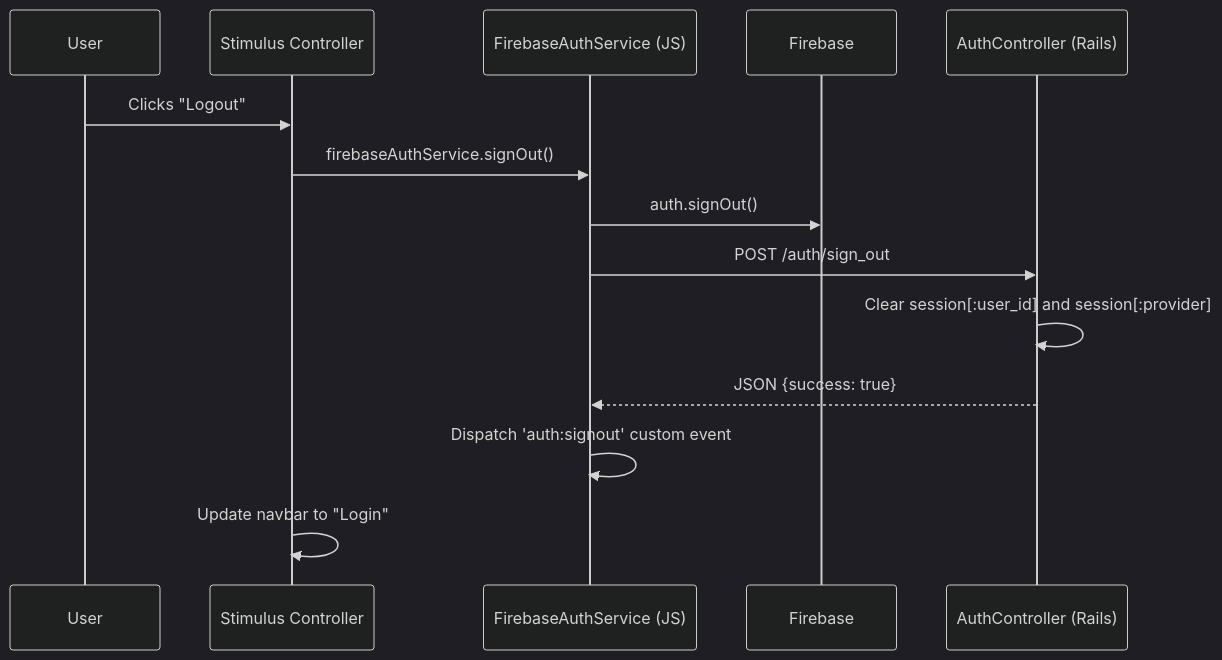
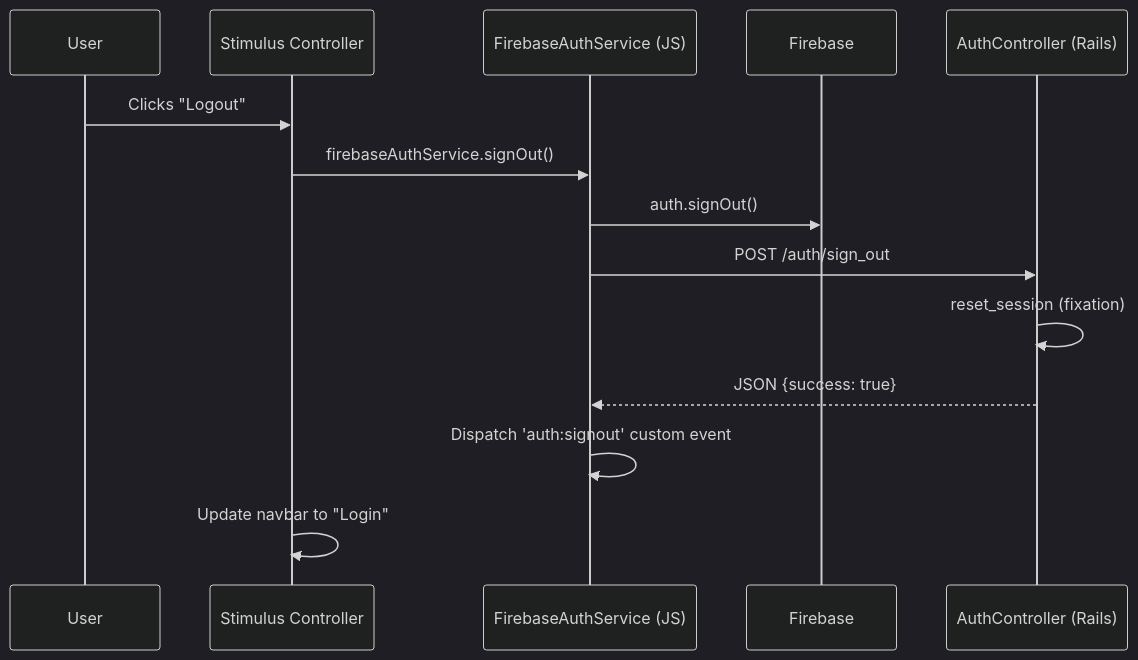
One commit to ssherman/the-greatest changed the second of 3 diagrams in docs/features/authentication.md. Above: the diagram before and after it, drawn with Mermaid (dark theme). The commit also changed other lines of this file, not shown here.

````diff
--- a/docs/features/authentication.md
+++ b/docs/features/authentication.md
@@ -55,17 +56,17 @@
 ```mermaid
 sequenceDiagram
     participant U as User
     participant S as Stimulus Controller
     participant FAS as FirebaseAuthService (JS)
     participant FB as Firebase
     participant RC as AuthController (Rails)
 
     U->>S: Clicks "Logout"
     S->>FAS: firebaseAuthService.signOut()
     FAS->>FB: auth.signOut()
     FAS->>RC: POST /auth/sign_out
-    RC->>RC: Clear session[:user_id] and session[:provider]
+    RC->>RC: reset_session (fixation)
     RC-->>FAS: JSON {success: true}
     FAS->>FAS: Dispatch 'auth:signout' custom event
     S->>S: Update navbar to "Login"
 ```
````
